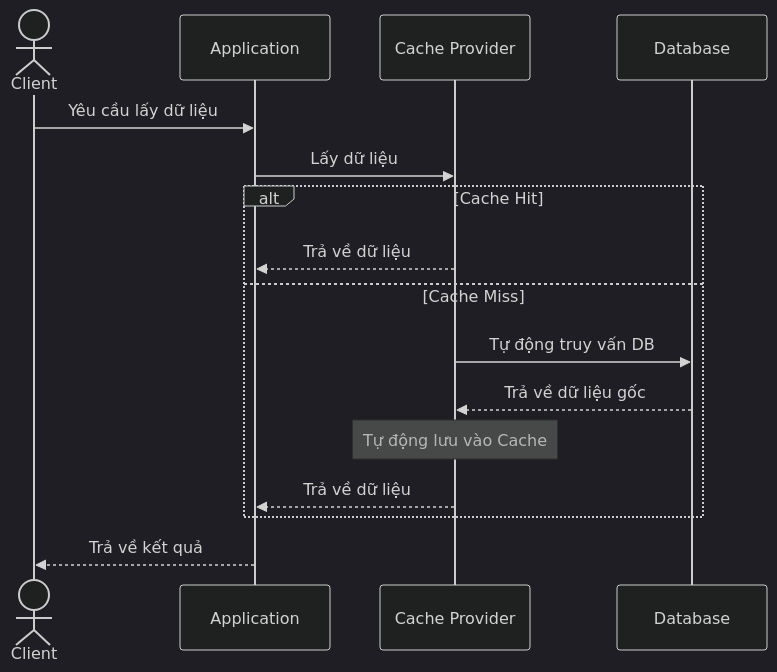
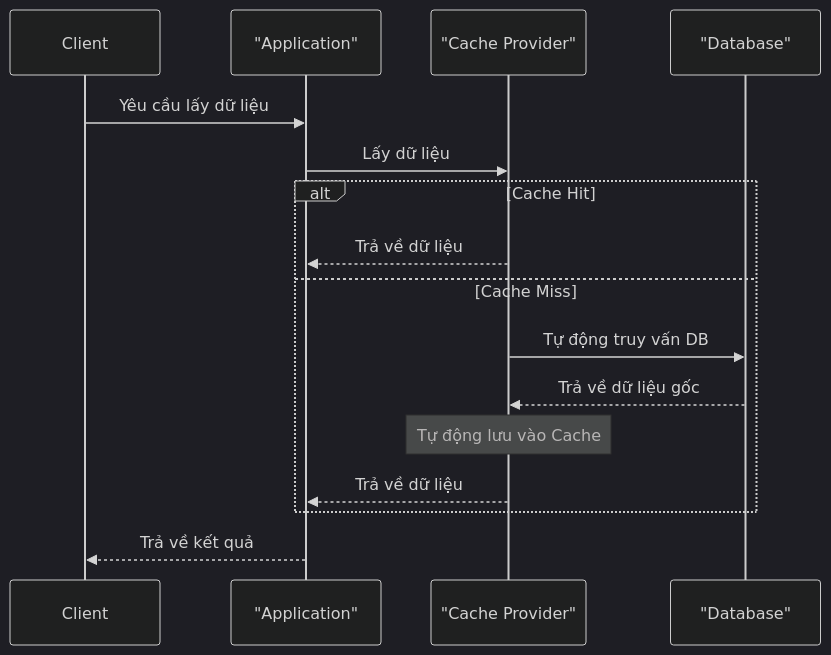
One commit to daoductam/advanced-backend-docs changed the fourth of 17 diagrams in caching-design/README.md. Above: the diagram before and after it, drawn with Mermaid (dark theme). The commit also changed other lines of this file and 1 other file, not shown here.

Commit message:
fix: remaining mermaid diagram parse errors

````diff
--- a/caching-design/README.md
+++ b/caching-design/README.md
@@ -170,19 +170,19 @@
 ```mermaid
 sequenceDiagram
-    actor Client
-    participant App as Application
-    participant Cache as Cache Provider
-    participant DB as Database
+    participant Client
+    participant App as "Application"
+    participant Cache as "Cache Provider"
+    participant DB as "Database"
     
     Client->>App: Yêu cầu lấy dữ liệu
     App->>Cache: Lấy dữ liệu
     alt Cache Hit
         Cache-->>App: Trả về dữ liệu
     else Cache Miss
         Cache->>DB: Tự động truy vấn DB
         DB-->>Cache: Trả về dữ liệu gốc
         Note over Cache: Tự động lưu vào Cache
         Cache-->>App: Trả về dữ liệu
     end
     App-->>Client: Trả về kết quả
 ```
````
